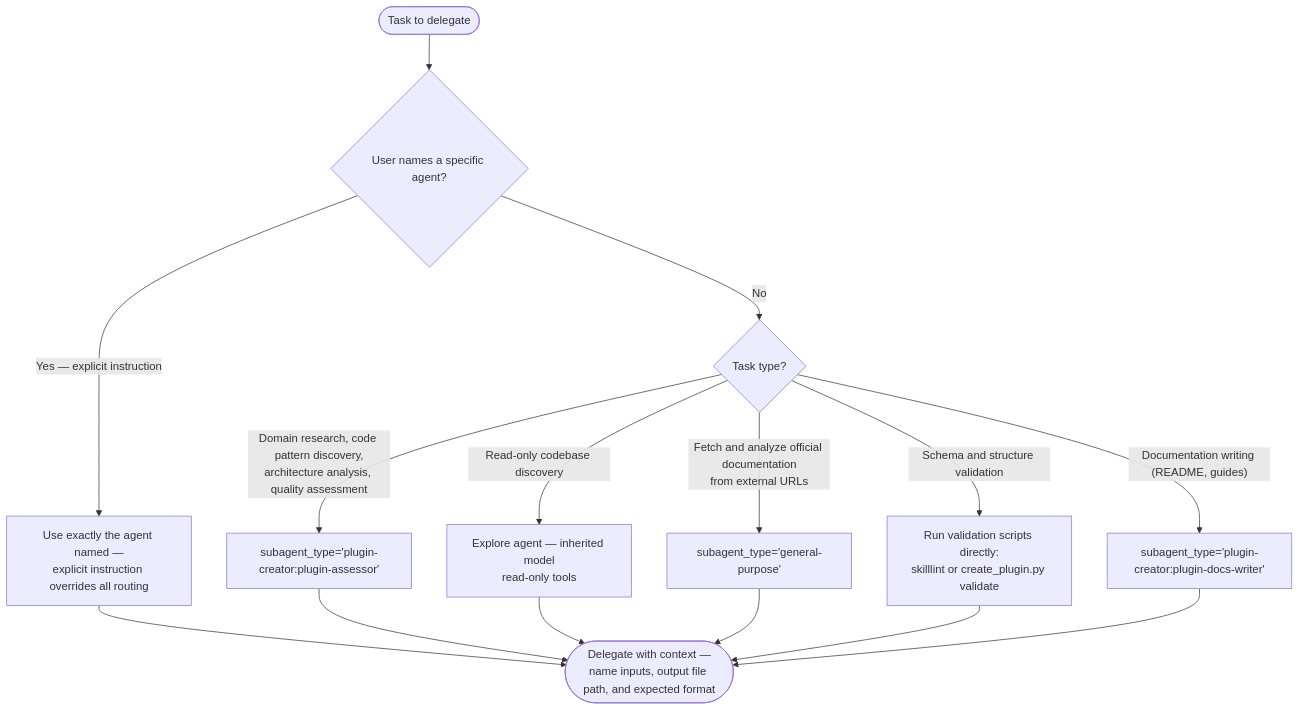
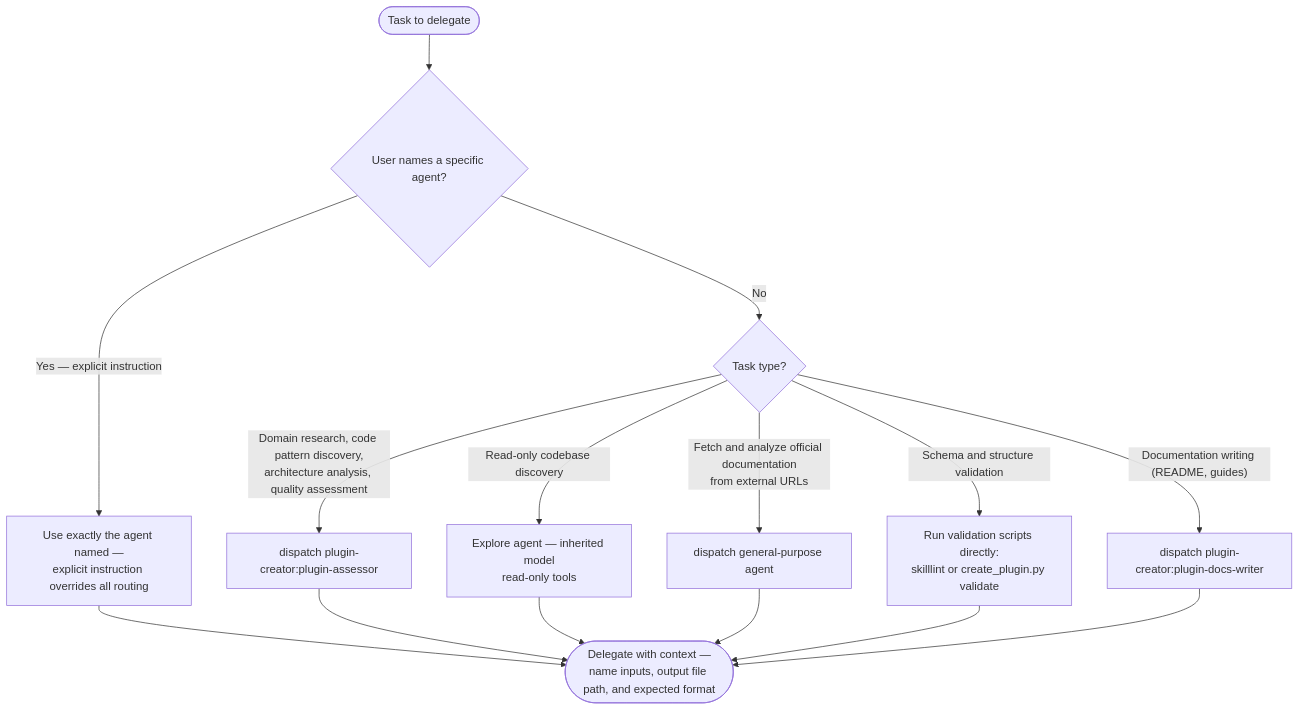
Diagram 11 of 12 in plugins/plugin-creator/skills/plugin-creator/references/workflow-diagram.md (Jamie-BitFlight/claude_skills), drawn with Mermaid before and after one commit. The commit also changed other lines of this file and 84 other files, not shown here.

Commit message:
refactor(plugin-creator): trim agent guidance

````diff
--- a/plugins/plugin-creator/skills/plugin-creator/references/workflow-diagram.md
+++ b/plugins/plugin-creator/skills/plugin-creator/references/workflow-diagram.md
@@ -242,25 +242,25 @@
 ```mermaid
 flowchart TD
     Start(["Task to delegate"]) --> Q1{"User names a specific agent?"}
 
     Q1 -->|"Yes — explicit instruction"| Override["Use exactly the agent named —<br>explicit instruction overrides all routing"]
 
     Q1 -->|"No"| Q2{"Task type?"}
 
-    Q2 -->|"Domain research, code pattern discovery,<br>architecture analysis, quality assessment"| Assessor["subagent_type='plugin-creator:plugin-assessor'"]
+    Q2 -->|"Domain research, code pattern discovery,<br>architecture analysis, quality assessment"| Assessor["dispatch plugin-creator:plugin-assessor"]
 
     Q2 -->|"Read-only codebase discovery"| Explore["Explore agent — inherited model<br>read-only tools"]
 
-    Q2 -->|"Fetch and analyze official documentation<br>from external URLs"| GP["subagent_type='general-purpose'"]
+    Q2 -->|"Fetch and analyze official documentation<br>from external URLs"| GP["dispatch general-purpose agent"]
 
     Q2 -->|"Schema and structure validation"| Scripts["Run validation scripts directly:<br>skilllint or create_plugin.py validate"]
 
-    Q2 -->|"Documentation writing (README, guides)"| Docs["subagent_type='plugin-creator:plugin-docs-writer'"]
+    Q2 -->|"Documentation writing (README, guides)"| Docs["dispatch plugin-creator:plugin-docs-writer"]
 
     Override --> Delegate(["Delegate with context —<br>name inputs, output file path, and expected format"])
     Assessor --> Delegate
     Explore --> Delegate
     GP --> Delegate
     Scripts --> Delegate
     Docs --> Delegate
 ```
````
